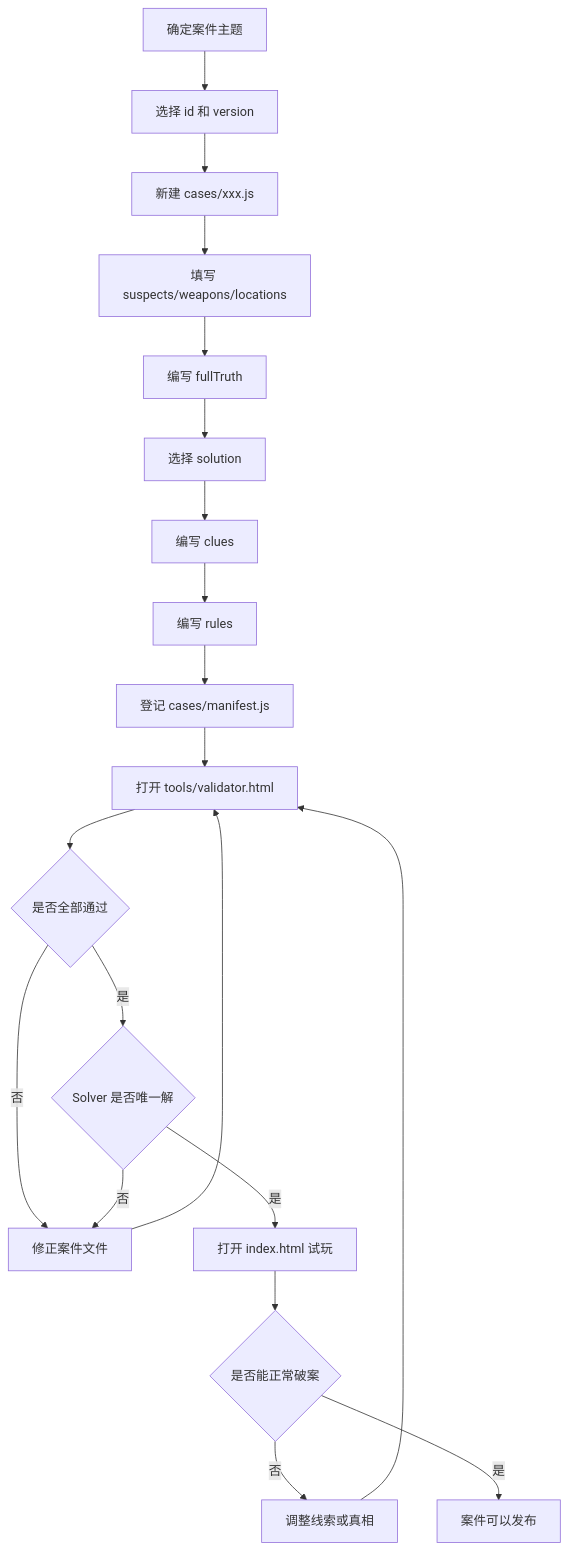
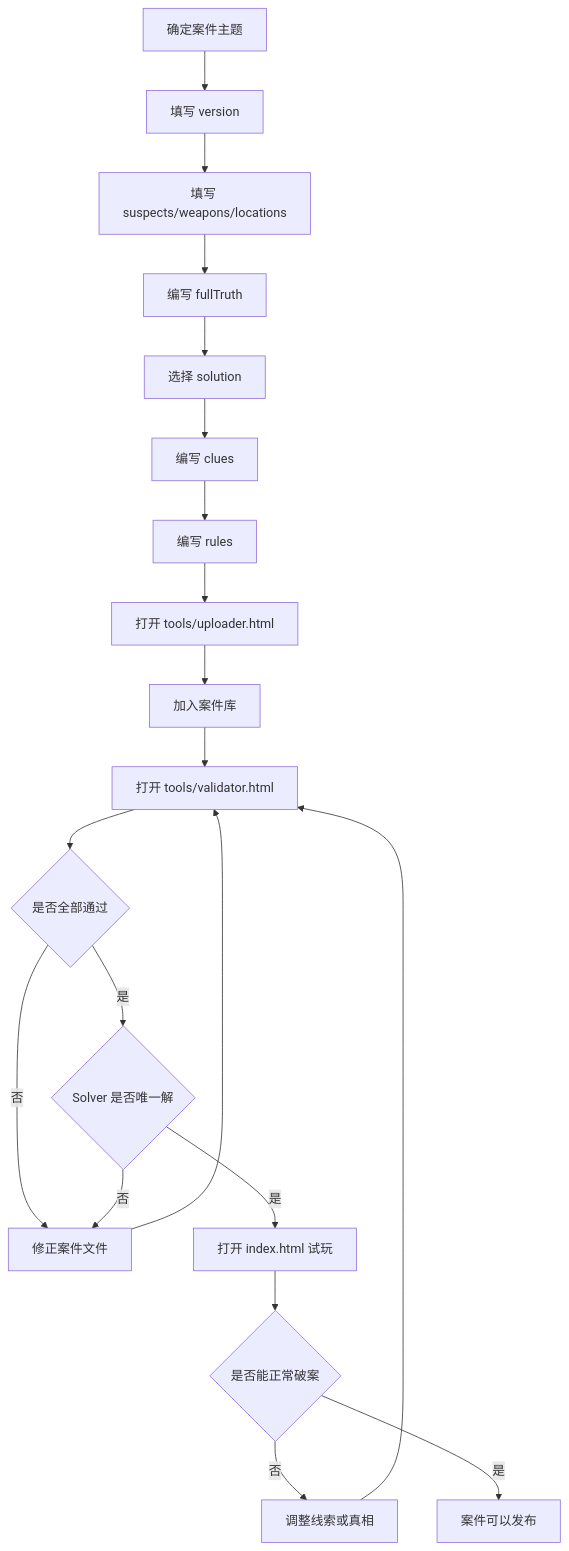
The diagram in docs/case-template.md (NoireCase/CleverGrid), drawn with Mermaid before and after one commit. The commit also changed other lines of this file and 23 other files, not shown here.

````diff
--- a/docs/case-template.md
+++ b/docs/case-template.md
@@ -299,22 +299,22 @@
 ```mermaid
 flowchart TD
-    A["确定案件主题"] --> B["选择 id 和 version"]
-    B --> C["新建 cases/xxx.js"]
-    C --> D["填写 suspects/weapons/locations"]
-    D --> E["编写 fullTruth"]
-    E --> F["选择 solution"]
-    F --> G["编写 clues"]
-    G --> H["编写 rules"]
-    H --> I["登记 cases/manifest.js"]
+    A["确定案件主题"] --> B["填写 version"]
+    B --> C["填写 suspects/weapons/locations"]
+    C --> D["编写 fullTruth"]
+    D --> E["选择 solution"]
+    E --> F["编写 clues"]
+    F --> G["编写 rules"]
+    G --> H["打开 tools/uploader.html"]
+    H --> I["加入案件库"]
     I --> J["打开 tools/validator.html"]
     J --> K{"是否全部通过"}
     K -->|否| L["修正案件文件"]
     L --> J
     K -->|是| M{"Solver 是否唯一解"}
     M -->|否| L
     M -->|是| N["打开 index.html 试玩"]
     N --> O{"是否能正常破案"}
     O -->|否| P["调整线索或真相"]
     P --> J
     O -->|是| Q["案件可以发布"]
 ```
````
